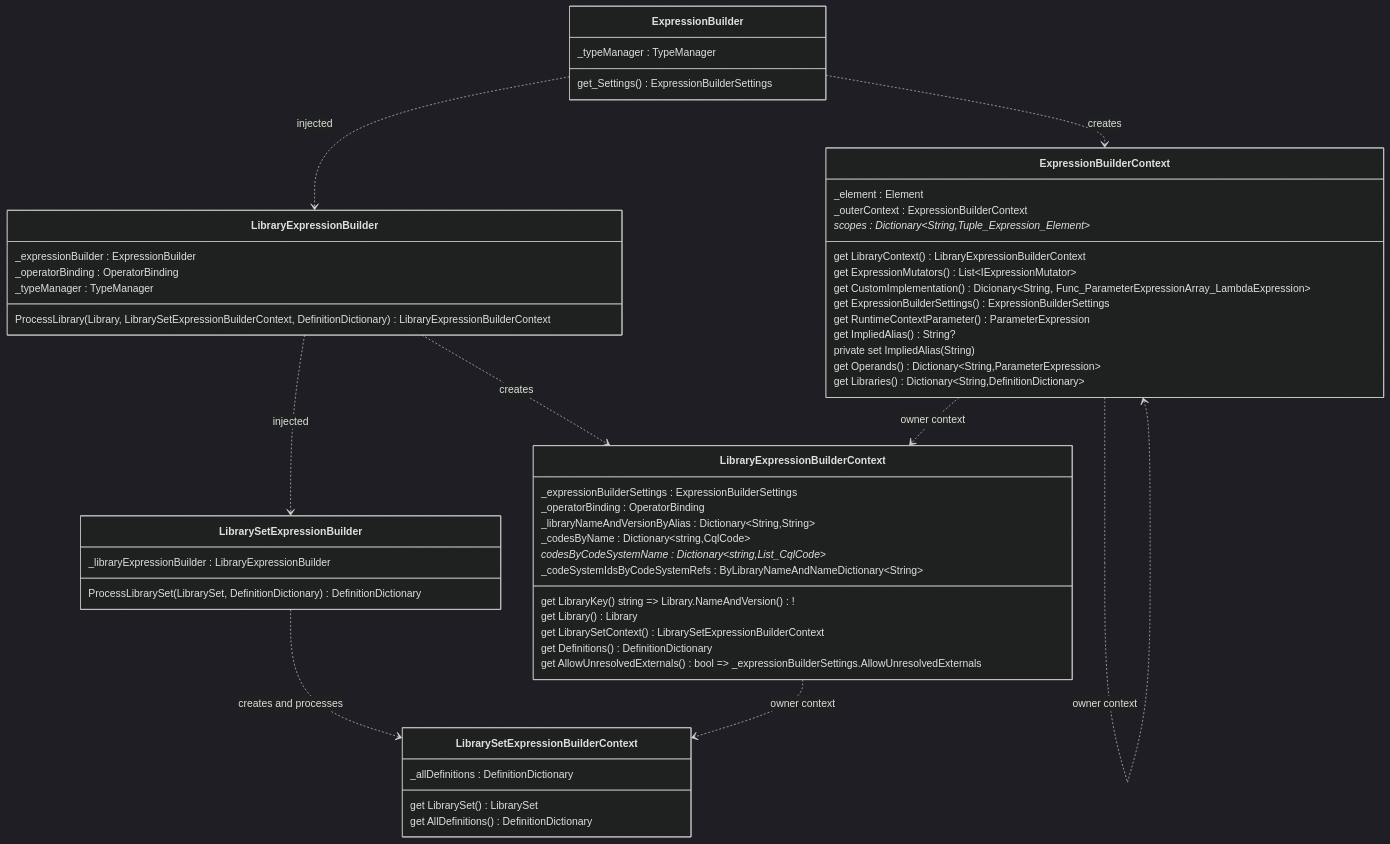
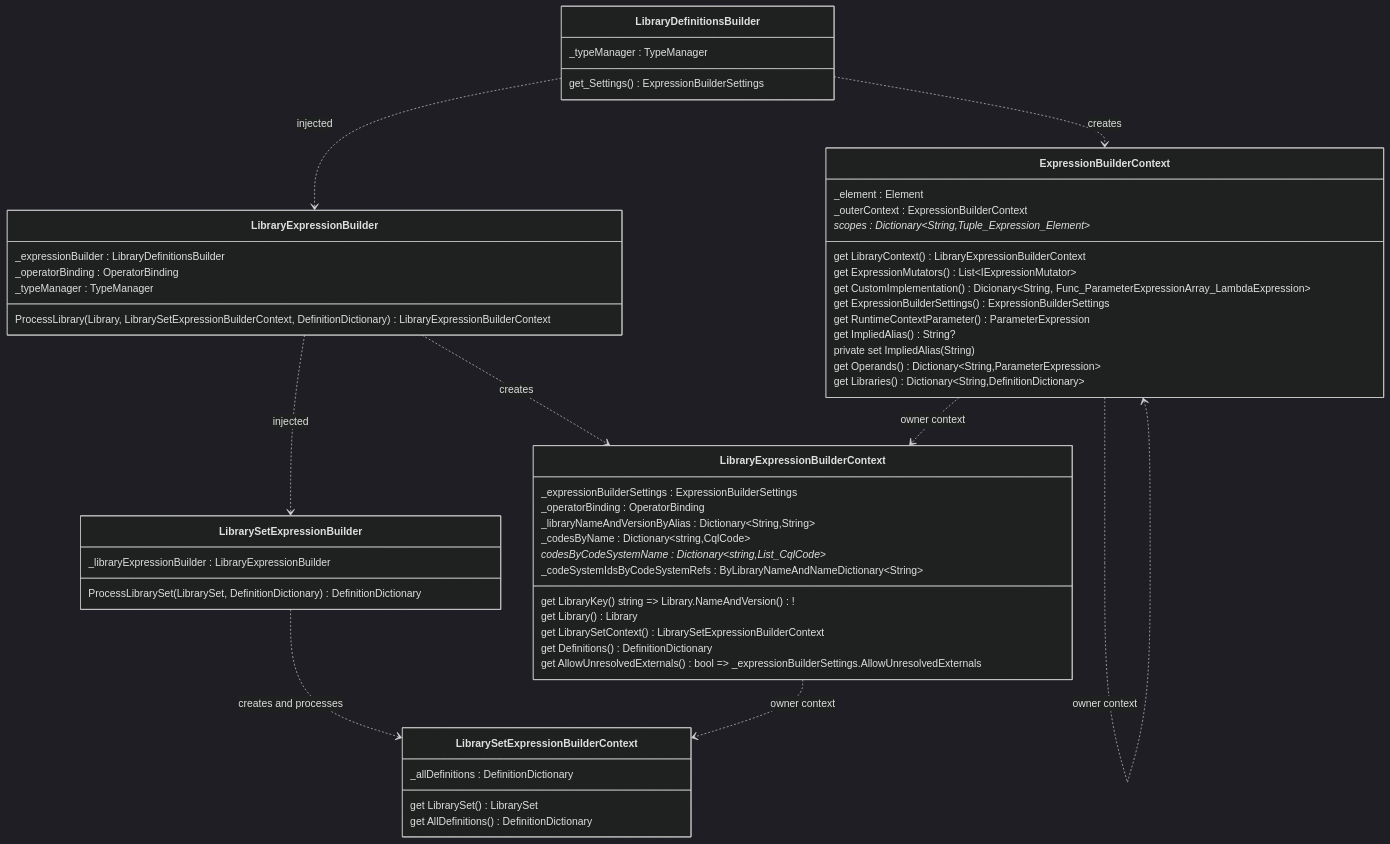
Before and after one commit to FirelyTeam/firely-cql-sdk: the second of 2 diagrams in docs/packager-cli-dependency-graph.md, drawn with Mermaid (dark theme). The commit also changed other lines of this file and 40 other files, not shown here.

Commit message:
Rename ExpressionBuilder -> LibraryDefinitionsBuilder. Remove Contextual from all other types

````diff
--- a/docs/packager-cli-dependency-graph.md
+++ b/docs/packager-cli-dependency-graph.md
@@ -130,74 +130,74 @@
 ```mermaid
 classDiagram
     direction TD
 
     class LibrarySetExpressionBuilder {
        _libraryExpressionBuilder : LibraryExpressionBuilder
 
        ProcessLibrarySet(LibrarySet, DefinitionDictionary<LambdaExpression>) DefinitionDictionary<LambdaExpression>
     }
 
     class LibrarySetExpressionBuilderContext {
        _allDefinitions : DefinitionDictionary<LambdaExpression>
 
        get LibrarySet() LibrarySet
        get AllDefinitions() DefinitionDictionary<LambdaExpression>
     }
 
     class LibraryExpressionBuilder {
-       _expressionBuilder : ExpressionBuilder
+       _expressionBuilder : LibraryDefinitionsBuilder
        _operatorBinding : OperatorBinding
        _typeManager : TypeManager
 
        ProcessLibrary(Library, LibrarySetExpressionBuilderContext, DefinitionDictionary<LambdaExpression>) LibraryExpressionBuilderContext
     }
 
     class LibraryExpressionBuilderContext {
        _expressionBuilderSettings : ExpressionBuilderSettings
        _operatorBinding : OperatorBinding
        _libraryNameAndVersionByAlias : Dictionary~String,String~
        _codesByName : Dictionary~string,CqlCode~
        _codesByCodeSystemName : Dictionary~string,List_CqlCode_~
        _codeSystemIdsByCodeSystemRefs : ByLibraryNameAndNameDictionary~String~
 
        get LibraryKey() string => Library.NameAndVersion()!
        get Library() Library
        get LibrarySetContext() LibrarySetExpressionBuilderContext
        get Definitions() DefinitionDictionary<LambdaExpression>
        get AllowUnresolvedExternals() bool => _expressionBuilderSettings.AllowUnresolvedExternals
     }
 
-    class ExpressionBuilder {
+    class LibraryDefinitionsBuilder {
         _typeManager : TypeManager
         get_Settings() ExpressionBuilderSettings
     }
     
 
     class ExpressionBuilderContext {
         _element : Element
         _outerContext : ExpressionBuilderContext
         _scopes : Dictionary~String,Tuple_Expression_Element_~
 
         get LibraryContext() LibraryExpressionBuilderContext
         get ExpressionMutators() List~IExpressionMutator~
         get CustomImplementation() Dicionary~String, Func_ParameterExpressionArray_LambdaExpression~
         get ExpressionBuilderSettings() ExpressionBuilderSettings
         get RuntimeContextParameter() ParameterExpression
         get ImpliedAlias() String?
         private set ImpliedAlias(String)
         get Operands() Dictionary~String,ParameterExpression~
         get Libraries() Dictionary~String,DefinitionDictionary<LambdaExpression>~
 
     }
 
     LibrarySetExpressionBuilder ..> LibrarySetExpressionBuilderContext : creates and processes
     LibraryExpressionBuilder ..> LibraryExpressionBuilderContext : creates
-    ExpressionBuilder ..> ExpressionBuilderContext : creates
+    LibraryDefinitionsBuilder ..> ExpressionBuilderContext : creates
 
-    ExpressionBuilder ..> LibraryExpressionBuilder : injected
+    LibraryDefinitionsBuilder ..> LibraryExpressionBuilder : injected
     LibraryExpressionBuilder ..> LibrarySetExpressionBuilder : injected
 
     ExpressionBuilderContext ..> LibraryExpressionBuilderContext : owner context
     ExpressionBuilderContext ..> ExpressionBuilderContext : owner context
     LibraryExpressionBuilderContext ..> LibrarySetExpressionBuilderContext : owner context
 ```
````
